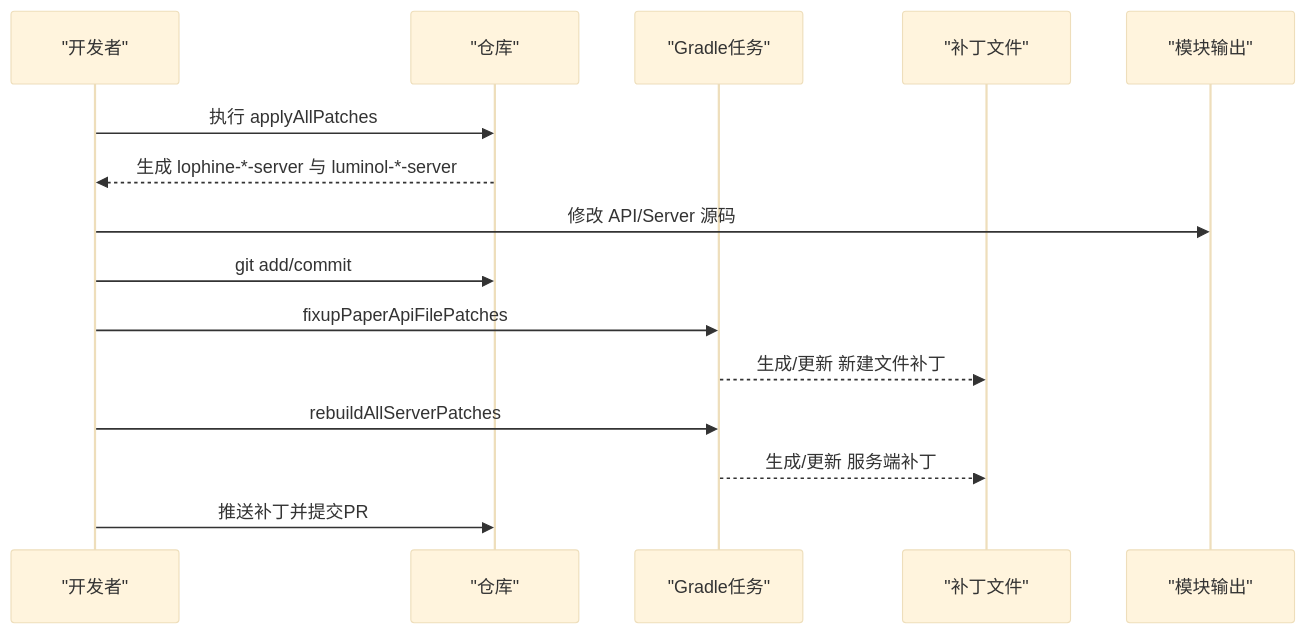
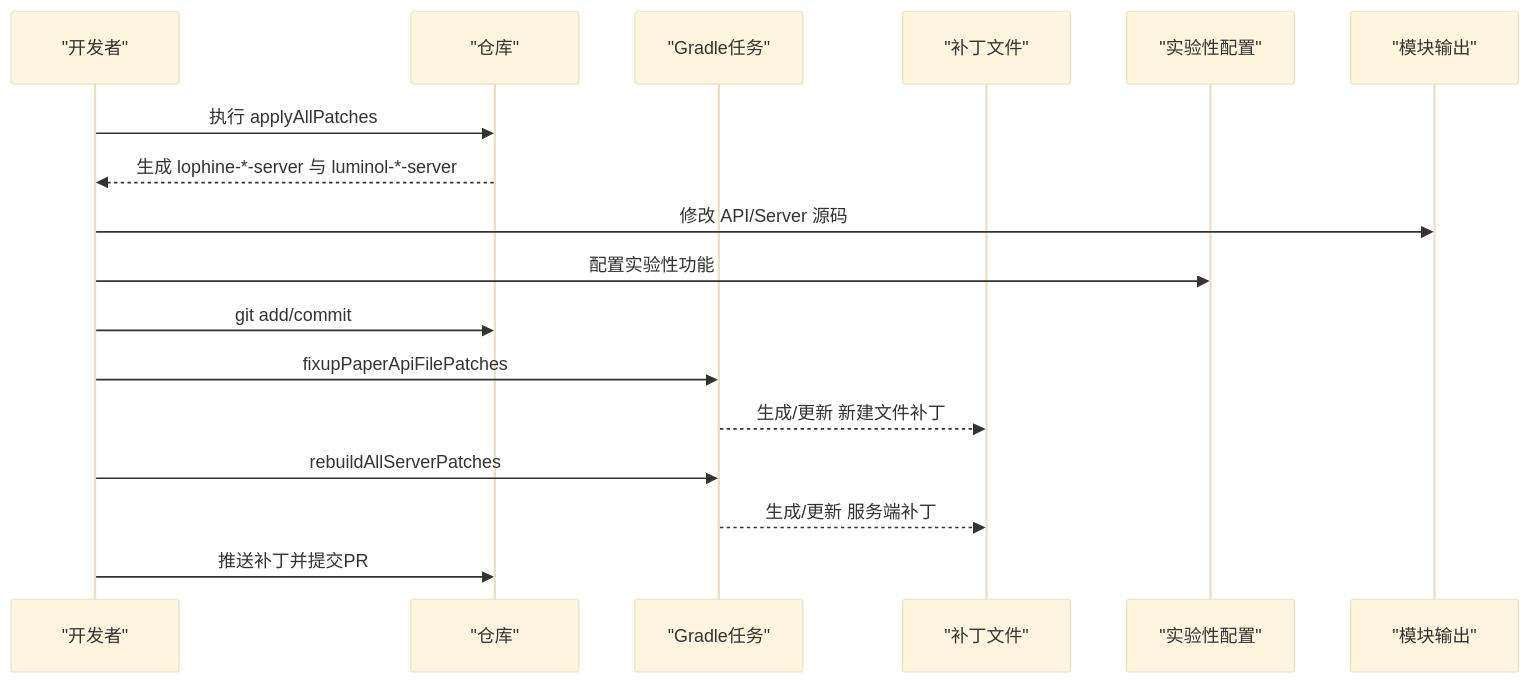
One commit to xucy10/Lophine1.21.11 changed the third of 5 diagrams in .qoder/repowiki/zh/content/补丁管理.md. Above: the diagram before and after it, drawn with Mermaid (base theme). The commit also changed other lines of this file and 54 other files, not shown here.

````diff
--- a/.qoder/repowiki/zh/content/补丁管理.md
+++ b/.qoder/repowiki/zh/content/补丁管理.md
@@ -125,17 +149,19 @@
 ```mermaid
 sequenceDiagram
 participant Dev as "开发者"
 participant Repo as "仓库"
 participant Gradle as "Gradle任务"
 participant Patches as "补丁文件"
+participant Config as "实验性配置"
 participant Modules as "模块输出"
 Dev->>Repo : 执行 applyAllPatches
 Repo-->>Dev : 生成 lophine-*-server 与 luminol-*-server
 Dev->>Modules : 修改 API/Server 源码
+Dev->>Config : 配置实验性功能
 Dev->>Repo : git add/commit
 Dev->>Gradle : fixupPaperApiFilePatches
 Gradle-->>Patches : 生成/更新 新建文件补丁
 Dev->>Gradle : rebuildAllServerPatches
 Gradle-->>Patches : 生成/更新 服务端补丁
 Dev->>Repo : 推送补丁并提交PR
 ```
````
